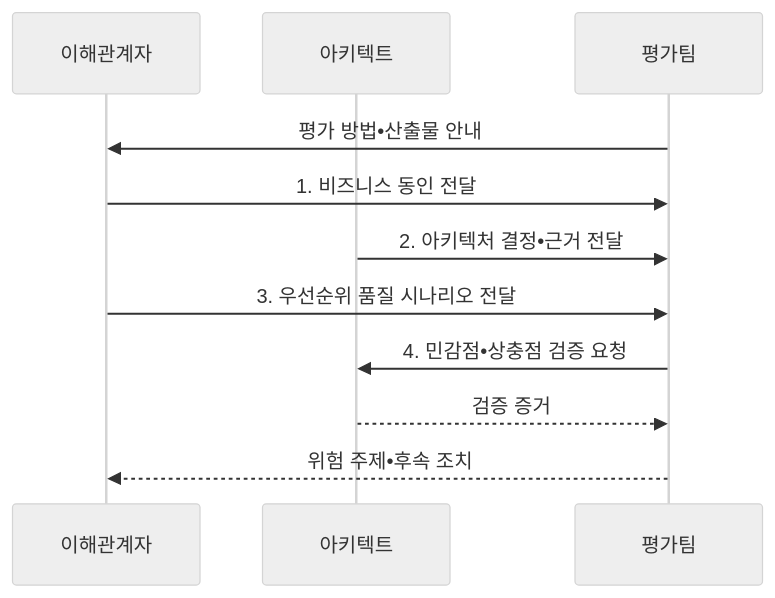
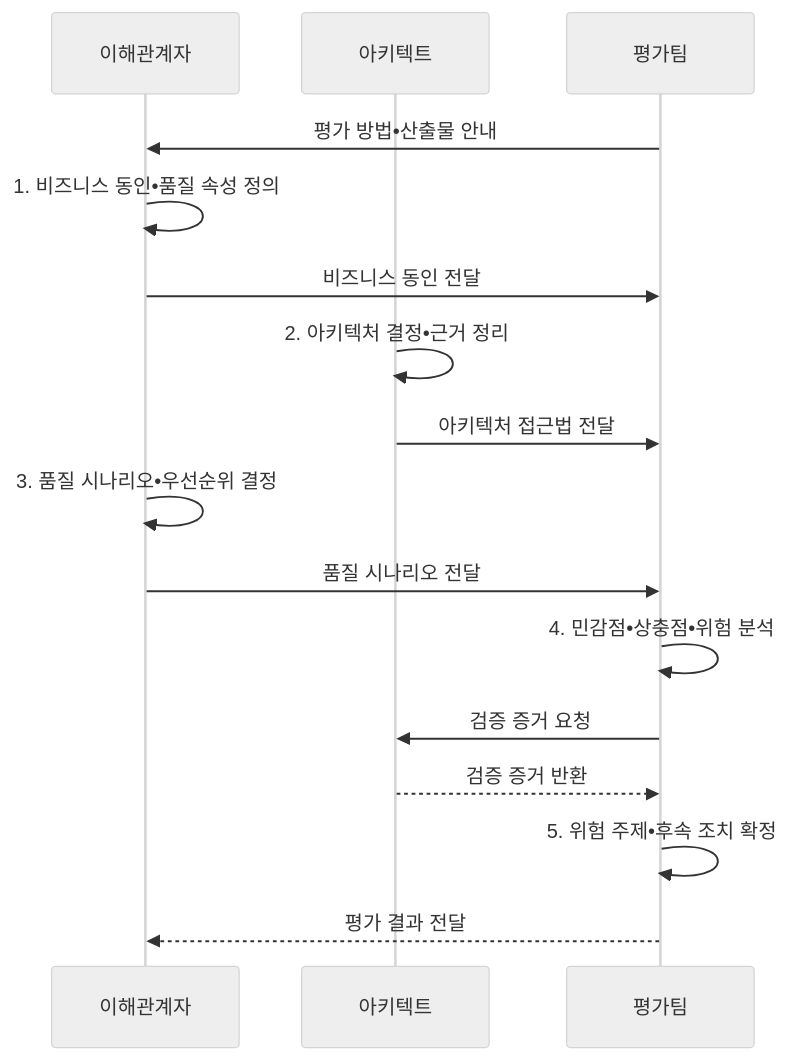
The second of 2 diagrams in src/content/docs/notes/06-evaluation/037_atam_tradeoff_analysis.md (agnusdei1207/knowledge-base), drawn with Mermaid (neutral theme) before and after one commit. The commit also changed other lines of this file and 20 other files, not shown here.

````diff
--- a/src/content/docs/notes/06-evaluation/037_atam_tradeoff_analysis.md
+++ b/src/content/docs/notes/06-evaluation/037_atam_tradeoff_analysis.md
@@ -102,13 +102,18 @@
 ```mermaid
 sequenceDiagram
-    participant S as 이해관계자
-    participant A as 아키텍트
-    participant P as 평가팀
-    P->>S: 평가 방법•산출물 안내
-    S->>P: 1. 비즈니스 동인 전달
-    A->>P: 2. 아키텍처 결정•근거 전달
-    S->>P: 3. 우선순위 품질 시나리오 전달
-    P->>A: 4. 민감점•상충점 검증 요청
-    A-->>P: 검증 증거
-    P-->>S: 위험 주제•후속 조치
+  participant S as 이해관계자
+  participant A as 아키텍트
+  participant P as 평가팀
+  P->>S: 평가 방법•산출물 안내
+  S->>S: 1. 비즈니스 동인•품질 속성 정의
+  S->>P: 비즈니스 동인 전달
+  A->>A: 2. 아키텍처 결정•근거 정리
+  A->>P: 아키텍처 접근법 전달
+  S->>S: 3. 품질 시나리오•우선순위 결정
+  S->>P: 품질 시나리오 전달
+  P->>P: 4. 민감점•상충점•위험 분석
+  P->>A: 검증 증거 요청
+  A-->>P: 검증 증거 반환
+  P->>P: 5. 위험 주제•후속 조치 확정
+  P-->>S: 평가 결과 전달
 ```
````
